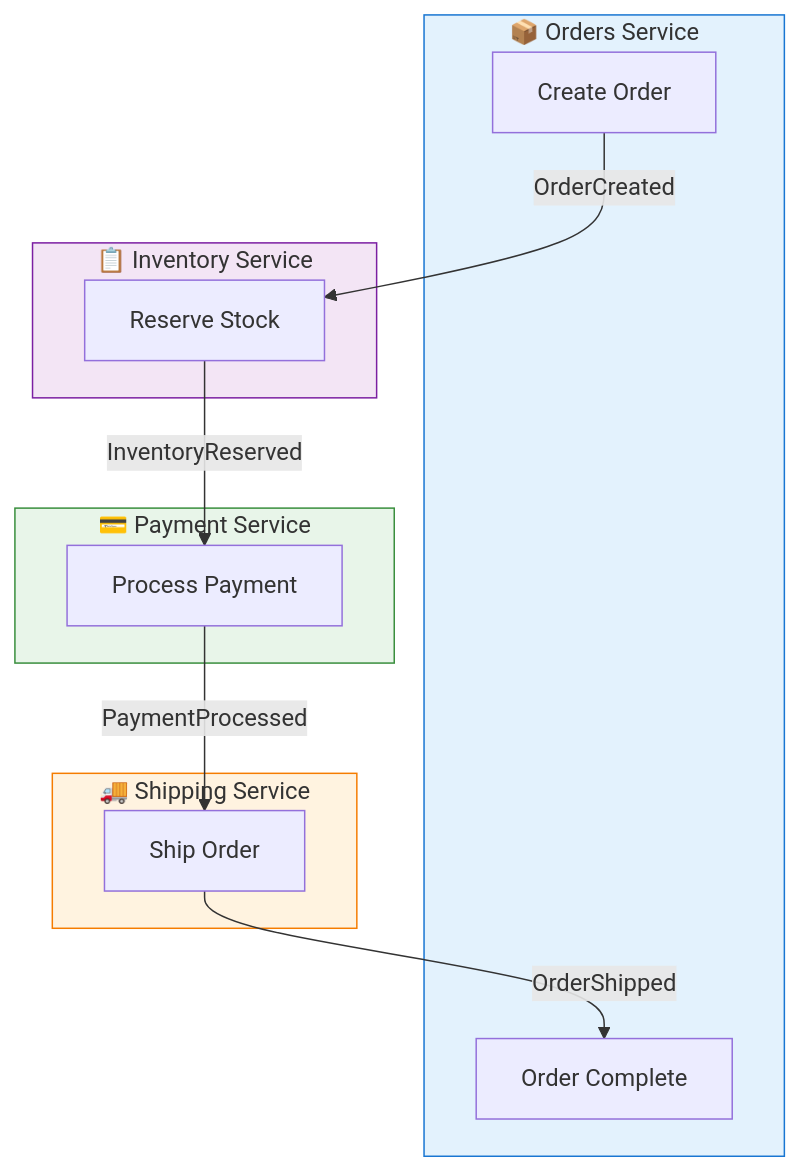
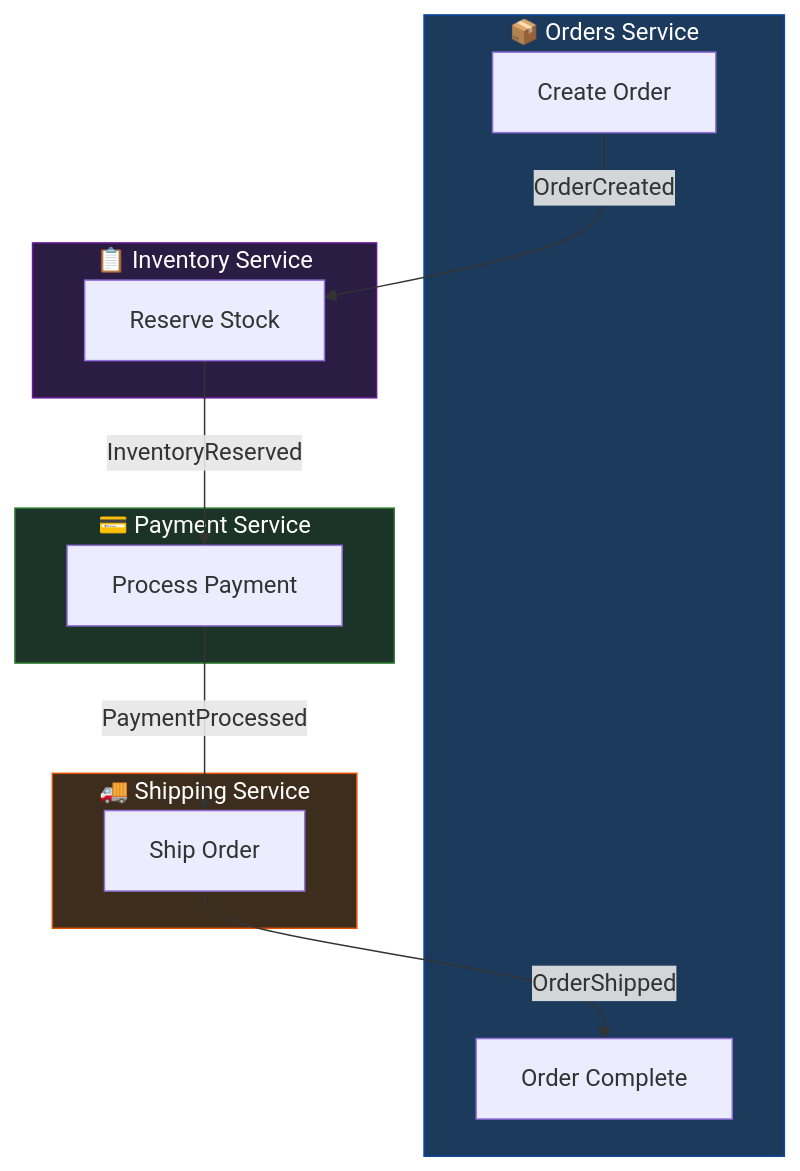
One commit to dlrivada/Encina changed the fifth of 6 diagrams in docs/messaging/sagas.md. Above: the diagram before and after it, drawn with Mermaid. The commit also changed other lines of this file and 6 other files, not shown here.

First line of the commit message:
docs: replace hardcoded light-mode Mermaid colors with dark equivalents

````diff
--- a/docs/messaging/sagas.md
+++ b/docs/messaging/sagas.md
@@ -247,29 +247,29 @@
 ```mermaid
 flowchart TB
     subgraph Orders["📦 Orders Service"]
         O1[Create Order]
         O2[Order Complete]
     end
 
     subgraph Inventory["📋 Inventory Service"]
         I1[Reserve Stock]
     end
 
     subgraph Payment["💳 Payment Service"]
         P1[Process Payment]
     end
 
     subgraph Shipping["🚚 Shipping Service"]
         S1[Ship Order]
     end
 
     O1 -->|OrderCreated| I1
     I1 -->|InventoryReserved| P1
     P1 -->|PaymentProcessed| S1
     S1 -->|OrderShipped| O2
 
-    style Orders fill:#E3F2FD,stroke:#1976D2
-    style Inventory fill:#F3E5F5,stroke:#7B1FA2
-    style Payment fill:#E8F5E9,stroke:#388E3C
-    style Shipping fill:#FFF3E0,stroke:#F57C00
+    style Orders fill:#1c3a5c,stroke:#0d47a1,color:#fff
+    style Inventory fill:#2a1c42,stroke:#6a1b9a,color:#fff
+    style Payment fill:#1c3328,stroke:#2e7d32,color:#fff
+    style Shipping fill:#3d2d1c,stroke:#e65100,color:#fff
 ```
````
